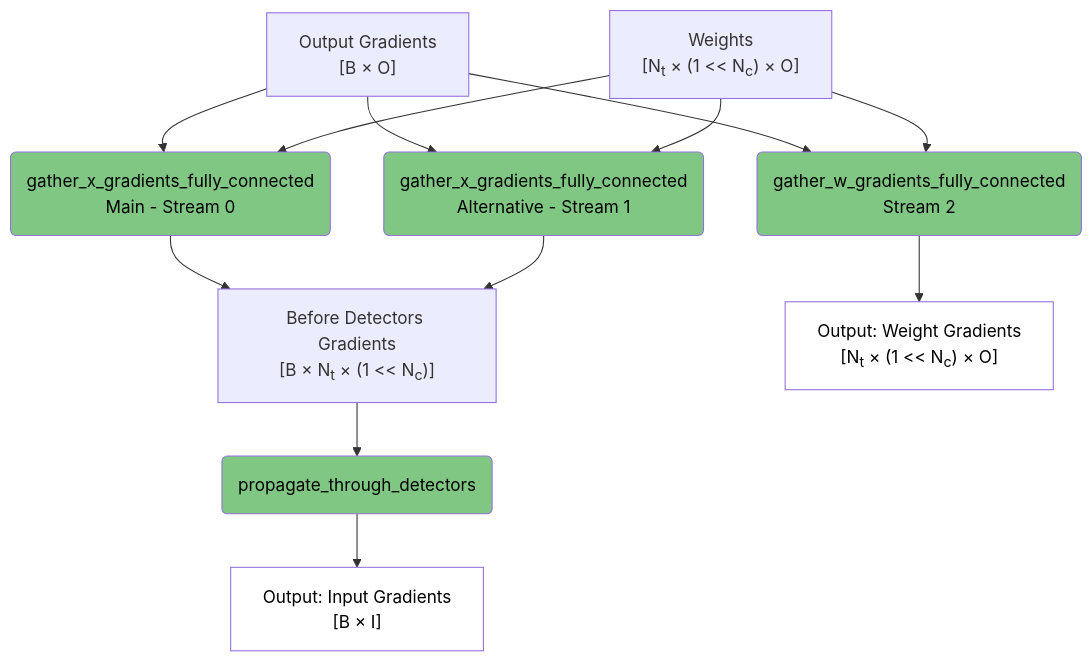
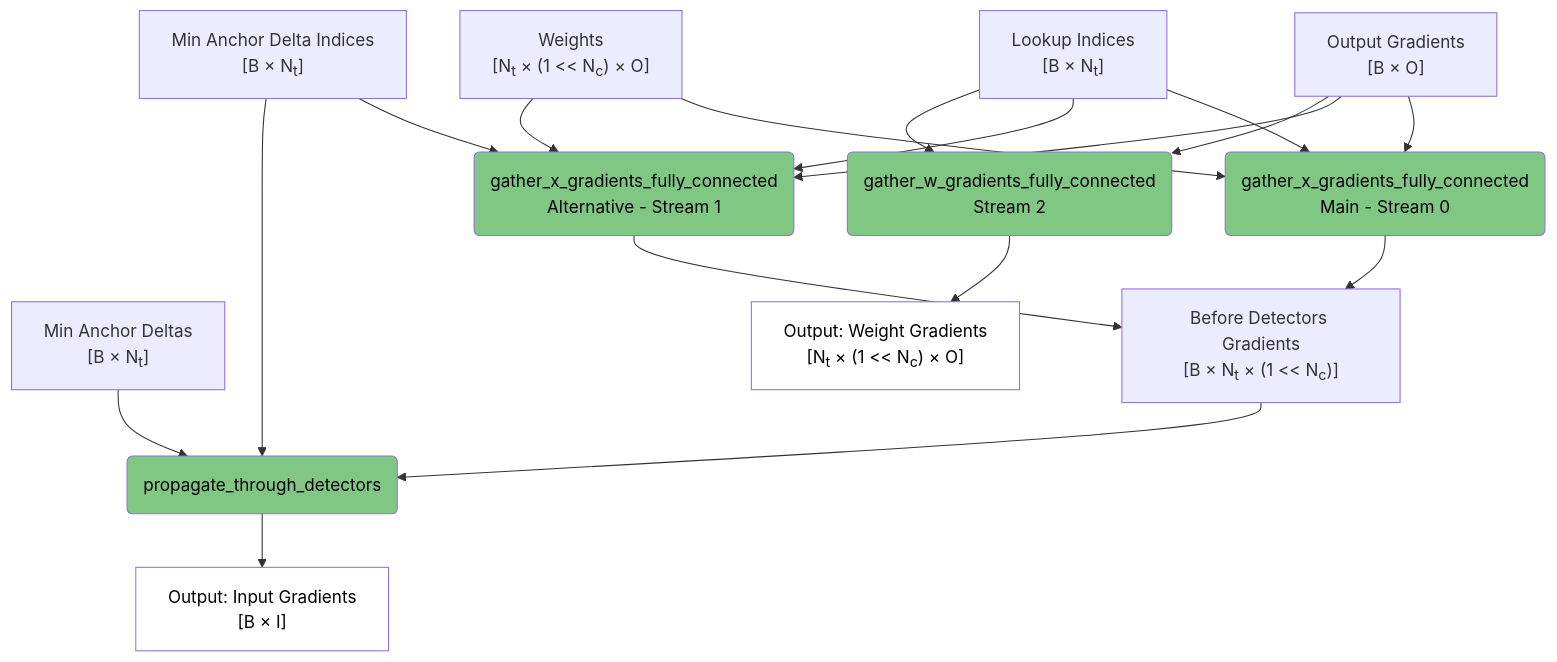
One commit to anatoli-starostin/spiky changed the third of 6 diagrams in spiky_cuda/lut/doc/LUT_RUNTIME_DATA_FLOW.md. Above: the diagram before and after it, drawn with Mermaid. The commit also changed other lines of this file, not shown here.

````diff
--- a/spiky_cuda/lut/doc/LUT_RUNTIME_DATA_FLOW.md
+++ b/spiky_cuda/lut/doc/LUT_RUNTIME_DATA_FLOW.md
@@ -66,24 +66,30 @@
 ```mermaid
 flowchart TD
     A["Output Gradients<br/>[B × O]"] --> B("gather_x_gradients_fully_connected<br/>Main - Stream 0")
     A --> C("gather_x_gradients_fully_connected<br/>Alternative - Stream 1")
     A --> D("gather_w_gradients_fully_connected<br/>Stream 2")
     
     W3["Weights<br/>[N<sub>t</sub> × (1 << N<sub>c</sub>) × O]"] --> B
     W3 --> C
-    W3 --> D
+    
+    L1["Lookup Indices<br/>[B × N<sub>t</sub>]"] --> B
+    L1 --> C
+    L1 --> D
+    M1["Min Anchor Deltas<br/>[B × N<sub>t</sub>]"] --> G
+    M2["Min Anchor Delta Indices<br/>[B × N<sub>t</sub>]"] --> C
+    M2 --> G
     
     B --> E["Before Detectors Gradients<br/>[B × N<sub>t</sub> × (1 << N<sub>c</sub>)]"]
     C --> E
     D --> F["Output: Weight Gradients<br/>[N<sub>t</sub>&nbsp;×&nbsp;(1&nbsp;<<&nbsp;N<sub>c</sub>)&nbsp;×&nbsp;O]"]
     
     E --> G(propagate_through_detectors)
     G --> H["Output: Input Gradients<br/>[B × I]"]
     
     style B fill:#81c784,color:#000000
     style C fill:#81c784,color:#000000
     style D fill:#81c784,color:#000000
     style G fill:#81c784,color:#000000
     style F fill:#ffffff,color:#000000
     style H fill:#ffffff,color:#000000
 ```
````
